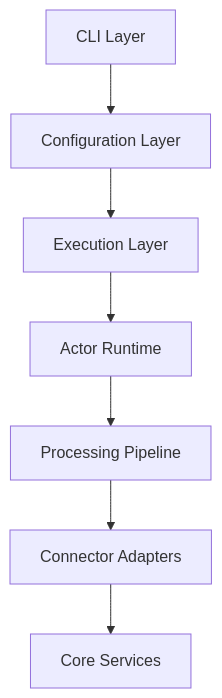
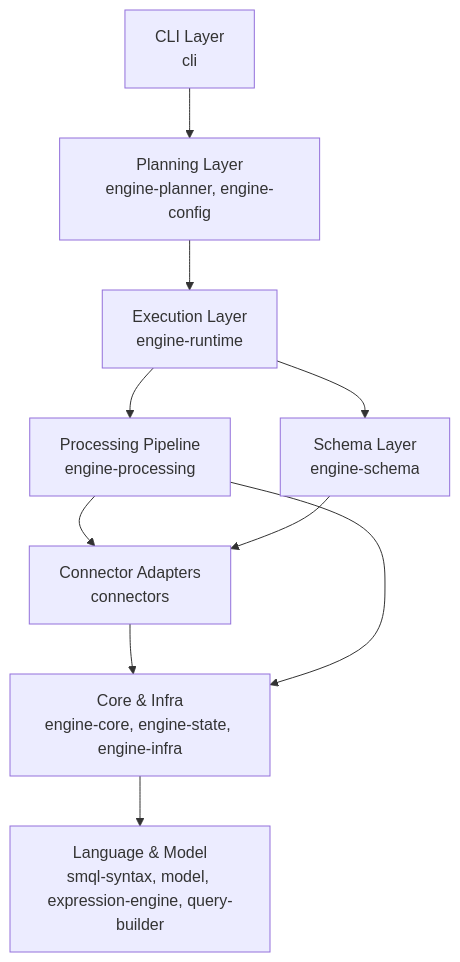
One commit to stanstork/stratum changed the diagram in docs/architecture.md. Above: the diagram before and after it, drawn with Mermaid. The commit also changed other lines of this file and 454 other files, not shown here.

Commit message:
feat: phase 2 - schema object migration and architecture refactor

````diff
--- a/docs/architecture.md
+++ b/docs/architecture.md
@@ -9,9 +9,12 @@
 ```mermaid
 graph TB
-    CLI[CLI Layer] --> Config[Configuration Layer]
-    Config --> Executor[Execution Layer]
-    Executor --> Actor[Actor Runtime]
-    Actor --> Pipeline[Processing Pipeline]
-    Pipeline --> Adapters[Connector Adapters]
-    Adapters --> Core[Core Services]
+    CLI[CLI Layer<br/>cli] --> Planner[Planning Layer<br/>engine-planner, engine-config]
+    Planner --> Runtime[Execution Layer<br/>engine-runtime]
+    Runtime --> Processing[Processing Pipeline<br/>engine-processing]
+    Processing --> Connectors[Connector Adapters<br/>connectors]
+    Runtime --> Schema[Schema Layer<br/>engine-schema]
+    Schema --> Connectors
+    Connectors --> Core[Core & Infra<br/>engine-core, engine-state, engine-infra]
+    Processing --> Core
+    Core --> Lang[Language & Model<br/>smql-syntax, model, expression-engine, query-builder]
 ```
````
